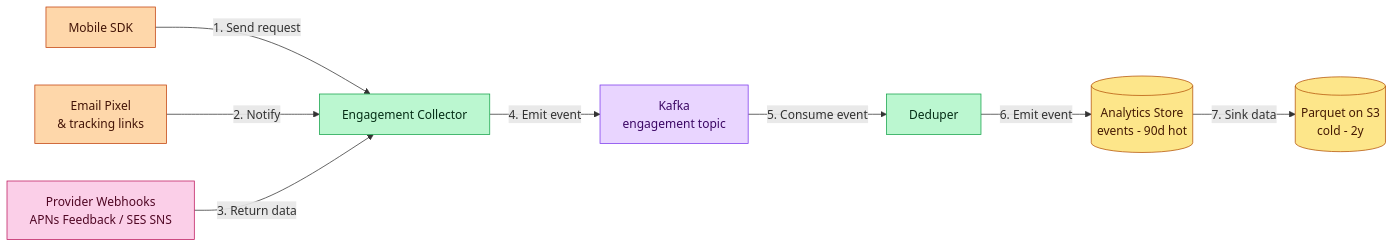
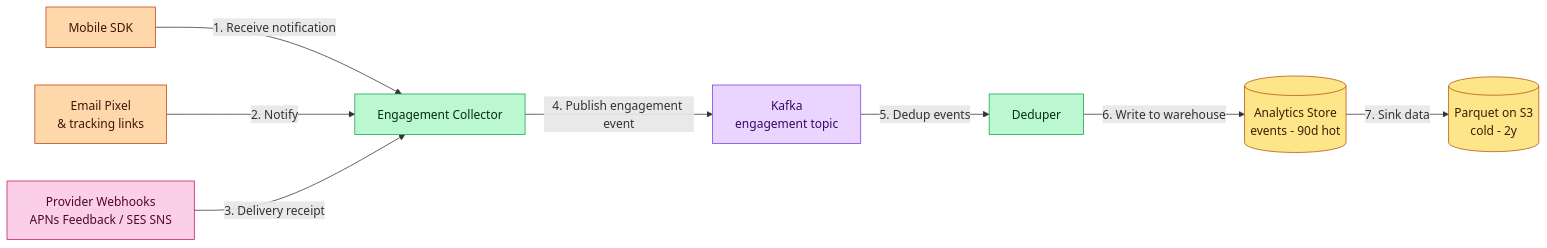
One commit to iluzn/HLD-Designs changed diagram 11 of 16 in content/hld/NotificationSystem.md. Above: the diagram before and after it, drawn with Mermaid. The commit also changed other lines of this file and 27 other files, not shown here.

````diff
--- a/content/hld/NotificationSystem.md
+++ b/content/hld/NotificationSystem.md
@@ -818,25 +818,25 @@
 ```mermaid
 flowchart LR
     APP["Mobile SDK"]:::client
     EMAIL["Email Pixel<br/>& tracking links"]:::client
     PROVIDER["Provider Webhooks<br/>APNs Feedback / SES SNS"]:::external
     COLLECT["Engagement Collector"]:::service
     KAFKA["Kafka<br/>engagement topic"]:::async
     DEDUP["Deduper"]:::service
     DWH[("Analytics Store<br/>events - 90d hot")]:::data
     COLD[("Parquet on S3<br/>cold - 2y")]:::data
 
-    APP -->|"1. Send request"| COLLECT
+    APP -->|"1. Receive notification"| COLLECT
     EMAIL -->|"2. Notify"| COLLECT
-    PROVIDER -->|"3. Return data"| COLLECT
-    COLLECT -->|"4. Emit event"| KAFKA
-    KAFKA -->|"5. Consume event"| DEDUP
-    DEDUP -->|"6. Emit event"| DWH
+    PROVIDER -->|"3. Delivery receipt"| COLLECT
+    COLLECT -->|"4. Publish engagement event"| KAFKA
+    KAFKA -->|"5. Dedup events"| DEDUP
+    DEDUP -->|"6. Write to warehouse"| DWH
     DWH -->|"7. Sink data"| COLD
 
     classDef client fill:#fed7aa,stroke:#c2410c,color:#431407
     classDef service fill:#bbf7d0,stroke:#16a34a,color:#052e16
     classDef async fill:#e9d5ff,stroke:#7c3aed,color:#3b0764
     classDef data fill:#fde68a,stroke:#b45309,color:#451a03
     classDef external fill:#fbcfe8,stroke:#be185d,color:#500724
 ```
````
